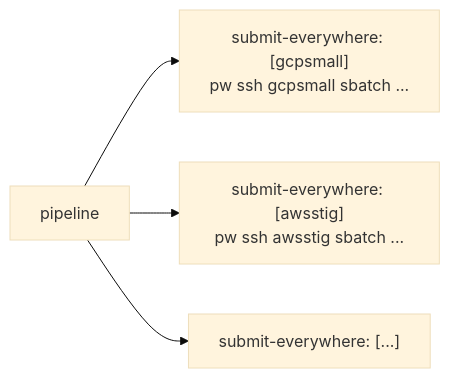
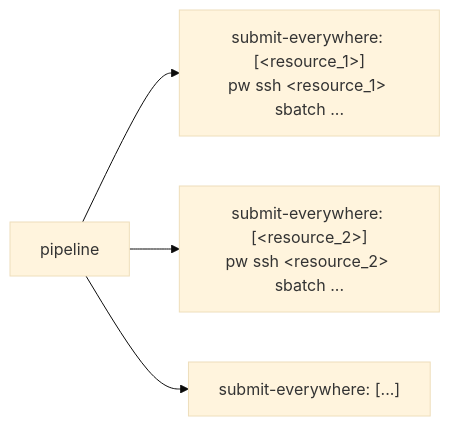
The third of 3 diagrams in workflows/gitlab/tutorial/README.md (parallelworks/workflows), drawn with Mermaid (base theme) before and after one commit. The commit also changed other lines of this file and 6 other files, not shown here.

Commit message:
gitlab: the example project is opt-in; tutorial walks the SLURM job's log and SLURM's view step by step, explains what starts a pipeline, comments every item of the examples, uses generic resource names and scheduler options

````diff
--- a/workflows/gitlab/tutorial/README.md
+++ b/workflows/gitlab/tutorial/README.md
@@ -191,6 +224,6 @@
 ```mermaid
 flowchart LR
-    p["pipeline"] --> a["submit-everywhere: [gcpsmall]<br/>pw ssh gcpsmall sbatch ..."]
-    p --> b["submit-everywhere: [awsstig]<br/>pw ssh awsstig sbatch ..."]
+    p["pipeline"] --> a["submit-everywhere: [&lt;resource_1&gt;]<br/>pw ssh &lt;resource_1&gt; sbatch ..."]
+    p --> b["submit-everywhere: [&lt;resource_2&gt;]<br/>pw ssh &lt;resource_2&gt; sbatch ..."]
     p --> c["submit-everywhere: [...]"]
 ```
````
